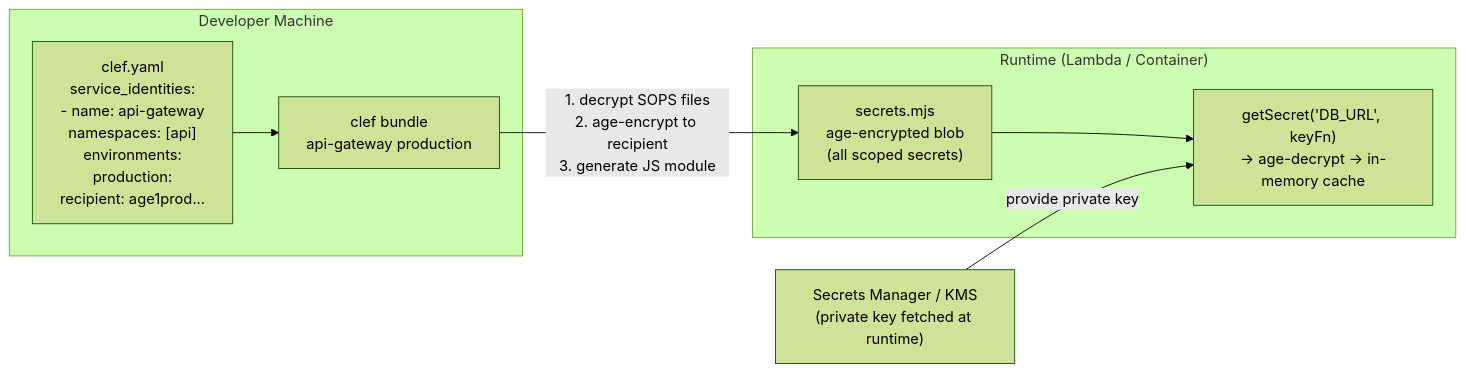
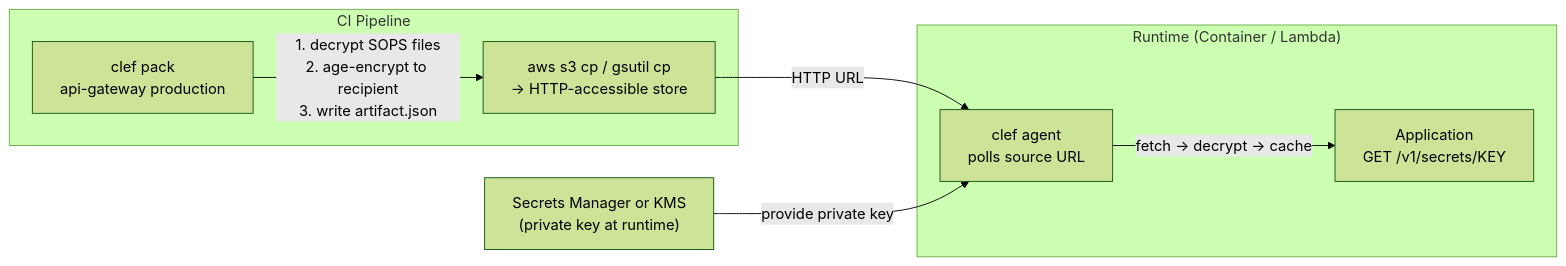
One commit to clef-sh/clef changed the diagram in docs/guide/service-identities.md. Above: the diagram before and after it, drawn with Mermaid (forest theme). The commit also changed other lines of this file and 69 other files, not shown here.

````diff
--- a/docs/guide/service-identities.md
+++ b/docs/guide/service-identities.md
@@ -18,17 +20,17 @@
 ```mermaid
 flowchart LR
-  subgraph devmachine["Developer Machine"]
-    manifest["clef.yaml\nservice_identities:\n  - name: api-gateway\n    namespaces: [api]\n    environments:\n      production:\n        recipient: age1prod..."]
-    bundle["clef bundle\napi-gateway production"]
+  subgraph ci["CI Pipeline"]
+    pack["clef pack\napi-gateway production"]
+    upload["aws s3 cp / gsutil cp\n→ HTTP-accessible store"]
   end
-  subgraph runtimeEnv["Runtime (Lambda / Container)"]
-    module["secrets.mjs\nage-encrypted blob\n(all scoped secrets)"]
-    getSecret["getSecret('DB_URL', keyFn)\n→ age-decrypt → in-memory cache"]
+  subgraph runtime["Runtime (Container / Lambda)"]
+    agent["clef agent\npolls source URL"]
+    app["Application\nGET /v1/secrets/KEY"]
   end
-  kms["Secrets Manager / KMS\n(private key fetched at runtime)"]
+  kms["Secrets Manager or KMS\n(private key at runtime)"]
 
-  manifest --> bundle
-  bundle -->|"1. decrypt SOPS files\n2. age-encrypt to recipient\n3. generate JS module"| module
-  module --> getSecret
-  kms -->|provide private key| getSecret
+  pack -->|"1. decrypt SOPS files\n2. age-encrypt to recipient\n3. write artifact.json"| upload
+  upload -->|"HTTP URL"| agent
+  agent -->|"fetch → decrypt → cache"| app
+  kms -->|"provide private key"| agent
 ```
````
